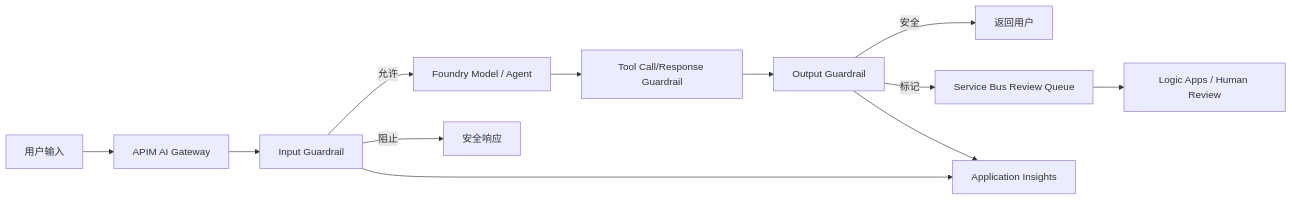
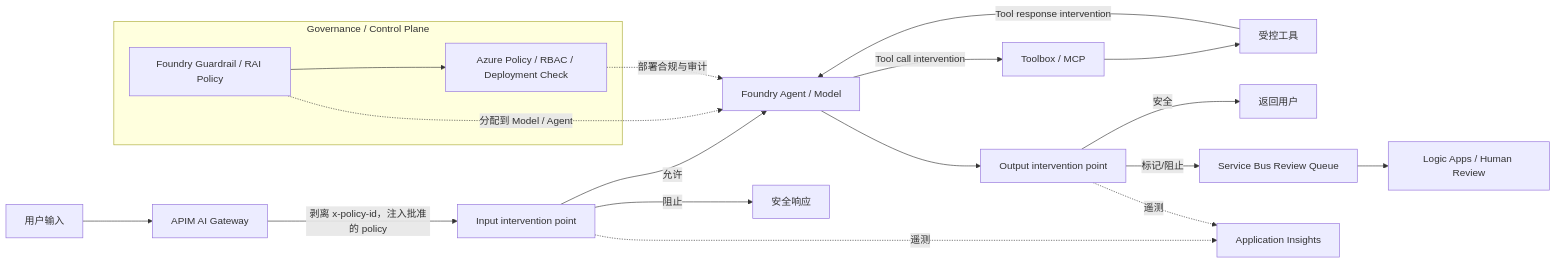
The diagram in architecture-az/04_Guardrails_纵深防御.md (miku-wwl/certforge), drawn with Mermaid before and after one commit. The commit also changed other lines of this file and 29 other files, not shown here.

Commit message:
docs: refine Azure architecture diagrams

````diff
--- a/architecture-az/04_Guardrails_纵深防御.md
+++ b/architecture-az/04_Guardrails_纵深防御.md
@@ -13,14 +13,23 @@
 ```mermaid
 flowchart LR
     U[用户输入] --> APIM[APIM AI Gateway]
-    APIM --> PRE[Input Guardrail]
-    PRE -->|允许| FM[Foundry Model / Agent]
-    PRE -->|阻止| DENY[安全响应]
-    FM --> TOOL[Tool Call/Response Guardrail]
-    TOOL --> POST[Output Guardrail]
-    POST -->|安全| OUT[返回用户]
-    POST -->|标记| SB[Service Bus Review Queue]
+    APIM -->|剥离 x-policy-id，注入批准的 policy| IN[Input intervention point]
+    IN -->|允许| AG[Foundry Agent / Model]
+    IN -->|阻止| DENY[安全响应]
+    AG -->|Tool call intervention| TB[Toolbox / MCP]
+    TB --> T[受控工具]
+    T -->|Tool response intervention| AG
+    AG --> OUTG[Output intervention point]
+    OUTG -->|安全| OUT[返回用户]
+    OUTG -->|标记/阻止| SB[Service Bus Review Queue]
     SB --> H[Logic Apps / Human Review]
-    PRE --> AI[Application Insights]
-    POST --> AI
+    IN -.遥测.-> AI[Application Insights]
+    OUTG -.遥测.-> AI
+    subgraph Control[Governance / Control Plane]
+        GP[Foundry Guardrail / RAI Policy]
+        AZP[Azure Policy / RBAC / Deployment Check]
+        GP --> AZP
+    end
+    GP -.分配到 Model / Agent.-> AG
+    AZP -.部署合规与审计.-> AG
 ```
````
